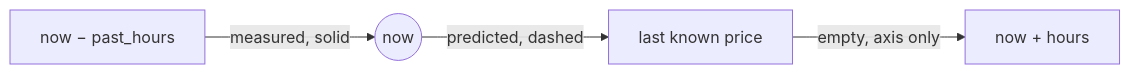
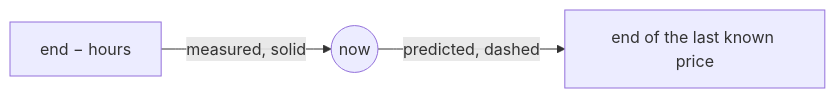
The first of 2 diagrams in docs/design/2026-11-18-plan-chart-span-hover.md (abroeders/pond-heatpump-price-planner), drawn with Mermaid before and after one commit. The commit also changed other lines of this file, not shown here.

Commit message:
docs: plan chart window ends at the last known price (#22)

````diff
--- a/docs/design/2026-11-18-plan-chart-span-hover.md
+++ b/docs/design/2026-11-18-plan-chart-span-hover.md
@@ -34,6 +48,5 @@
 ```mermaid
 flowchart LR
-  A["now − past_hours"] -->|measured, solid| N((now))
-  N -->|predicted, dashed| P["last known price"]
-  P -->|empty, axis only| E["now + hours"]
+  S["end − hours"] -->|measured, solid| N((now))
+  N -->|predicted, dashed| E["end of the last known price"]
 ```
````
